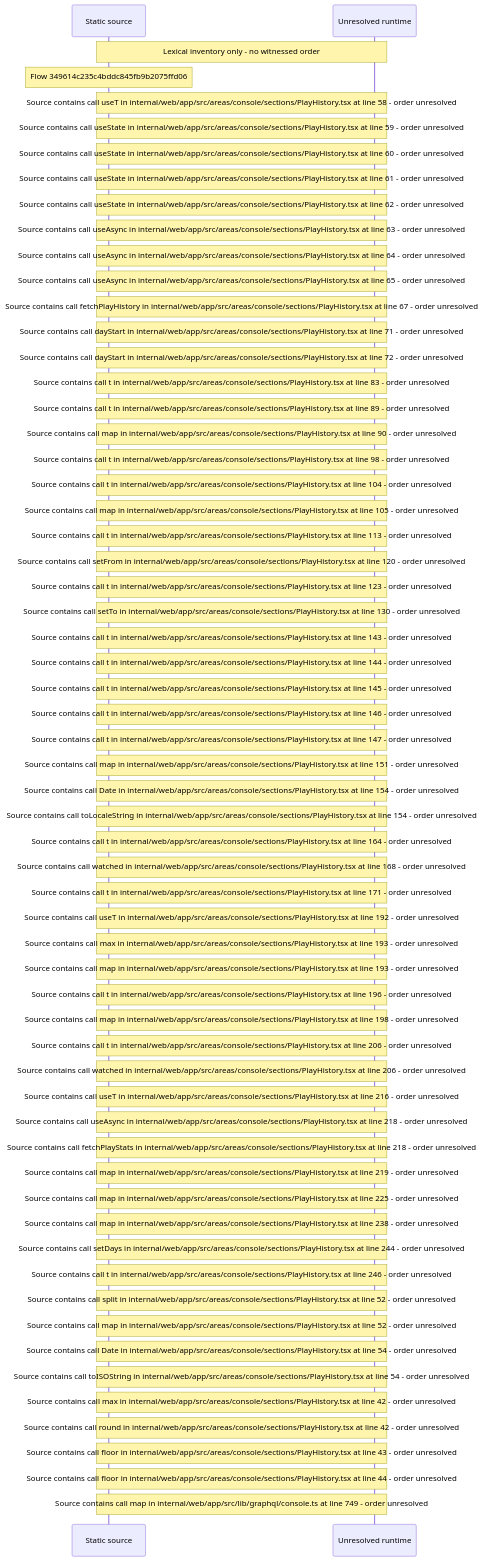
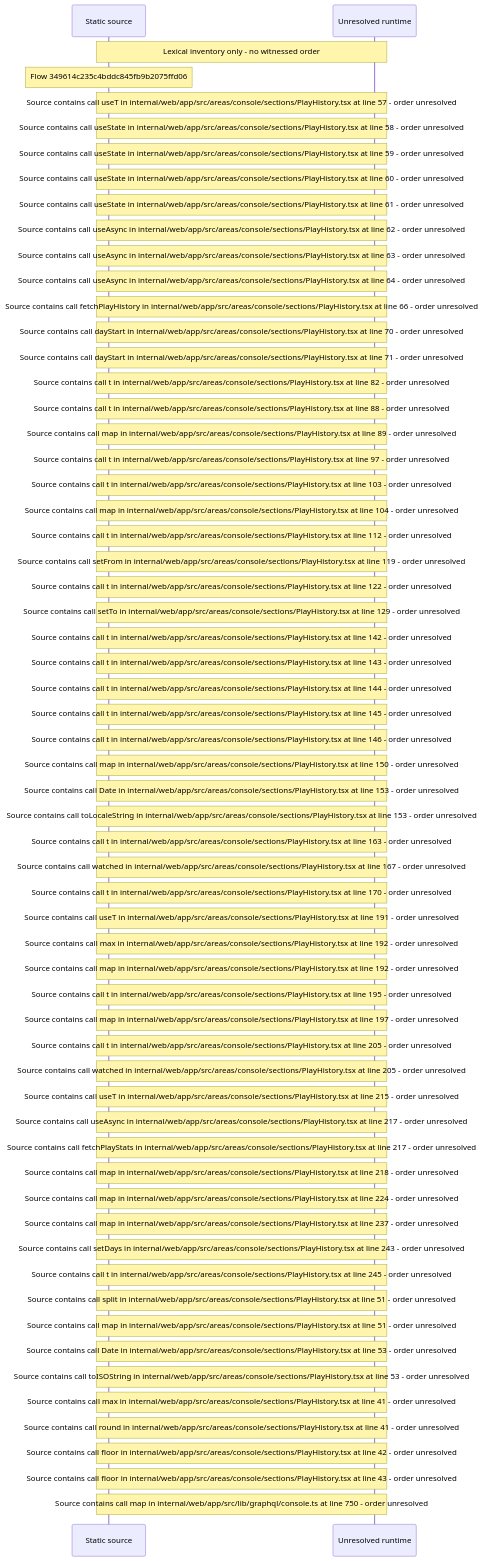
The diagram in docs/web/flows/generated/349614c235c4bddc845fb9b2075ffd06/flow-diagram.md (beamfall/core), drawn with Mermaid before and after one commit. The commit also changed other lines of this file and 715 other files, not shown here.

First line of the commit message:
Regenerate the web flow record on main after CORE-1117

````diff
--- a/docs/web/flows/generated/349614c235c4bddc845fb9b2075ffd06/flow-diagram.md
+++ b/docs/web/flows/generated/349614c235c4bddc845fb9b2075ffd06/flow-diagram.md
@@ -10,63 +10,63 @@
 ```mermaid
 sequenceDiagram
     participant S as Static source
     participant U as Unresolved runtime
     Note over S,U: Lexical inventory only - no witnessed order
     Note over S: Flow 349614c235c4bddc845fb9b2075ffd06
-    Note over S,U: Source contains call useT in internal/web/app/src/areas/console/sections/PlayHistory.tsx at line 58 - order unresolved
+    Note over S,U: Source contains call useT in internal/web/app/src/areas/console/sections/PlayHistory.tsx at line 57 - order unresolved
+    Note over S,U: Source contains call useState in internal/web/app/src/areas/console/sections/PlayHistory.tsx at line 58 - order unresolved
     Note over S,U: Source contains call useState in internal/web/app/src/areas/console/sections/PlayHistory.tsx at line 59 - order unresolved
     Note over S,U: Source contains call useState in internal/web/app/src/areas/console/sections/PlayHistory.tsx at line 60 - order unresolved
     Note over S,U: Source contains call useState in internal/web/app/src/areas/console/sections/PlayHistory.tsx at line 61 - order unresolved
-    Note over S,U: Source contains call useState in internal/web/app/src/areas/console/sections/PlayHistory.tsx at line 62 - order unresolved
+    Note over S,U: Source contains call useAsync in internal/web/app/src/areas/console/sections/PlayHistory.tsx at line 62 - order unresolved
     Note over S,U: Source contains call useAsync in internal/web/app/src/areas/console/sections/PlayHistory.tsx at line 63 - order unresolved
     Note over S,U: Source contains call useAsync in internal/web/app/src/areas/console/sections/PlayHistory.tsx at line 64 - order unresolved
-    Note over S,U: Source contains call useAsync in internal/web/app/src/areas/console/sections/PlayHistory.tsx at line 65 - order unresolved
-    Note over S,U: Source contains call fetchPlayHistory in internal/web/app/src/areas/console/sections/PlayHistory.tsx at line 67 - order unresolved
+    Note over S,U: Source contains call fetchPlayHistory in internal/web/app/src/areas/console/sections/PlayHistory.tsx at line 66 - order unresolved
+    Note over S,U: Source contains call dayStart in internal/web/app/src/areas/console/sections/PlayHistory.tsx at line 70 - order unresolved
     Note over S,U: Source contains call dayStart in internal/web/app/src/areas/console/sections/PlayHistory.tsx at line 71 - order unresolved
-    Note over S,U: Source contains call dayStart in internal/web/app/src/areas/console/sections/PlayHistory.tsx at line 72 - order unresolved
-    Note over S,U: Source contains call t in internal/web/app/src/areas/console/sections/PlayHistory.tsx at line 83 - order unresolved
-    Note over S,U: Source contains call t in internal/web/app/src/areas/console/sections/PlayHistory.tsx at line 89 - order unresolved
-    Note over S,U: Source contains call map in internal/web/app/src/areas/console/sections/PlayHistory.tsx at line 90 - order unresolved
-    Note over S,U: Source contains call t in internal/web/app/src/areas/console/sections/PlayHistory.tsx at line 98 - order unresolved
-    Note over S,U: Source contains call t in internal/web/app/src/areas/console/sections/PlayHistory.tsx at line 104 - order unresolved
-    Note over S,U: Source contains call map in internal/web/app/src/areas/console/sections/PlayHistory.tsx at line 105 - order unresolved
-    Note over S,U: Source contains call t in internal/web/app/src/areas/console/sections/PlayHistory.tsx at line 113 - order unresolved
-    Note over S,U: Source contains call setFrom in internal/web/app/src/areas/console/sections/PlayHistory.tsx at line 120 - order unresolved
-    Note over S,U: Source contains call t in internal/web/app/src/areas/console/sections/PlayHistory.tsx at line 123 - order unresolved
-    Note over S,U: Source contains call setTo in internal/web/app/src/areas/console/sections/PlayHistory.tsx at line 130 - order unresolved
+    Note over S,U: Source contains call t in internal/web/app/src/areas/console/sections/PlayHistory.tsx at line 82 - order unresolved
+    Note over S,U: Source contains call t in internal/web/app/src/areas/console/sections/PlayHistory.tsx at line 88 - order unresolved
+    Note over S,U: Source contains call map in internal/web/app/src/areas/console/sections/PlayHistory.tsx at line 89 - order unresolved
+    Note over S,U: Source contains call t in internal/web/app/src/areas/console/sections/PlayHistory.tsx at line 97 - order unresolved
+    Note over S,U: Source contains call t in internal/web/app/src/areas/console/sections/PlayHistory.tsx at line 103 - order unresolved
+    Note over S,U: Source contains call map in internal/web/app/src/areas/console/sections/PlayHistory.tsx at line 104 - order unresolved
+    Note over S,U: Source contains call t in internal/web/app/src/areas/console/sections/PlayHistory.tsx at line 112 - order unresolved
+    Note over S,U: Source contains call setFrom in internal/web/app/src/areas/console/sections/PlayHistory.tsx at line 119 - order unresolved
+    Note over S,U: Source contains call t in internal/web/app/src/areas/console/sections/PlayHistory.tsx at line 122 - order unresolved
+    Note over S,U: Source contains call setTo in internal/web/app/src/areas/console/sections/PlayHistory.tsx at line 129 - order unresolved
+    Note over S,U: Source contains call t in internal/web/app/src/areas/console/sections/PlayHistory.tsx at line 142 - order unresolved
     Note over S,U: Source contains call t in internal/web/app/src/areas/console/sections/PlayHistory.tsx at line 143 - order unresolved
     Note over S,U: Source contains call t in internal/web/app/src/areas/console/sections/PlayHistory.tsx at line 144 - order unresolved
     Note over S,U: Source contains call t in internal/web/app/src/areas/console/sections/PlayHistory.tsx at line 145 - order unresolved
     Note over S,U: Source contains call t in internal/web/app/src/areas/console/sections/PlayHistory.tsx at line 146 - order unresolved
-    Note over S,U: Source contains call t in internal/web/app/src/areas/console/sections/PlayHistory.tsx at line 147 - order unresolved
-    Note over S,U: Source contains call map in internal/web/app/src/areas/console/sections/PlayHistory.tsx at line 151 - order unresolved
-    Note over S,U: Source contains call Date in internal/web/app/src/areas/console/sections/PlayHistory.tsx at line 154 - order unresolved
-    Note over S,U: Source contains call toLocaleString in internal/web/app/src/areas/console/sections/PlayHistory.tsx at line 154 - order unresolved
-    Note over S,U: Source contains call t in internal/web/app/src/areas/console/sections/PlayHistory.tsx at line 164 - order unresolved
-    Note over S,U: Source contains call watched in internal/web/app/src/areas/console/sections/PlayHistory.tsx at line 168 - order unresolved
-    Note over S,U: Source contains call t in internal/web/app/src/areas/console/sections/PlayHistory.tsx at line 171 - order unresolved
-    Note over S,U: Source contains call useT in internal/web/app/src/areas/console/sections/PlayHistory.tsx at line 192 - order unresolved
-    Note over S,U: Source contains call max in internal/web/app/src/areas/console/sections/PlayHistory.tsx at line 193 - order unresolved
-    Note over S,U: Source contains call map in internal/web/app/src/areas/console/sections/PlayHistory.tsx at line 193 - order unresolved
-    Note over S,U: Source contains call t in internal/web/app/src/areas/console/sections/PlayHistory.tsx at line 196 - order unresolved
-    Note over S,U: Source contains call map in internal/web/app/src/areas/console/sections/PlayHistory.tsx at line 198 - order unresolved
-    Note over S,U: Source contains call t in internal/web/app/src/areas/console/sections/PlayHistory.tsx at line 206 - order unresolved
-    Note over S,U: Source contains call watched in internal/web/app/src/areas/console/sections/PlayHistory.tsx at line 206 - order unresolved
-    Note over S,U: Source contains call useT in internal/web/app/src/areas/console/sections/PlayHistory.tsx at line 216 - order unresolved
-    Note over S,U: Source contains call useAsync in internal/web/app/src/areas/console/sections/PlayHistory.tsx at line 218 - order unresolved
-    Note over S,U: Source contains call fetchPlayStats in internal/web/app/src/areas/console/sections/PlayHistory.tsx at line 218 - order unresolved
-    Note over S,U: Source contains call map in internal/web/app/src/areas/console/sections/PlayHistory.tsx at line 219 - order unresolved
-    Note over S,U: Source contains call map in internal/web/app/src/areas/console/sections/PlayHistory.tsx at line 225 - order unresolved
-    Note over S,U: Source contains call map in internal/web/app/src/areas/console/sections/PlayHistory.tsx at line 238 - order unresolved
-    Note over S,U: Source contains call setDays in internal/web/app/src/areas/console/sections/PlayHistory.tsx at line 244 - order unresolved
-    Note over S,U: Source contains call t in internal/web/app/src/areas/console/sections/PlayHistory.tsx at line 246 - order unresolved
-    Note over S,U: Source contains call split in internal/web/app/src/areas/console/sections/PlayHistory.tsx at line 52 - order unresolved
-    Note over S,U: Source contains call map in internal/web/app/src/areas/console/sections/PlayHistory.tsx at line 52 - order unresolved
-    Note over S,U: Source contains call Date in internal/web/app/src/areas/console/sections/PlayHistory.tsx at line 54 - order unresolved
-    Note over S,U: Source contains call toISOString in internal/web/app/src/areas/console/sections/PlayHistory.tsx at line 54 - order unresolved
-    Note over S,U: Source contains call max in internal/web/app/src/areas/console/sections/PlayHistory.tsx at line 42 - order unresolved
-    Note over S,U: Source contains call round in internal/web/app/src/areas/console/sections/PlayHistory.tsx at line 42 - order unresolved
+    Note over S,U: Source contains call map in internal/web/app/src/areas/console/sections/PlayHistory.tsx at line 150 - order unresolved
+    Note over S,U: Source contains call Date in internal/web/app/src/areas/console/sections/PlayHistory.tsx at line 153 - order unresolved
+    Note over S,U: Source contains call toLocaleString in internal/web/app/src/areas/console/sections/PlayHistory.tsx at line 153 - order unresolved
+    Note over S,U: Source contains call t in internal/web/app/src/areas/console/sections/PlayHistory.tsx at line 163 - order unresolved
+    Note over S,U: Source contains call watched in internal/web/app/src/areas/console/sections/PlayHistory.tsx at line 167 - order unresolved
+    Note over S,U: Source contains call t in internal/web/app/src/areas/console/sections/PlayHistory.tsx at line 170 - order unresolved
+    Note over S,U: Source contains call useT in internal/web/app/src/areas/console/sections/PlayHistory.tsx at line 191 - order unresolved
+    Note over S,U: Source contains call max in internal/web/app/src/areas/console/sections/PlayHistory.tsx at line 192 - order unresolved
+    Note over S,U: Source contains call map in internal/web/app/src/areas/console/sections/PlayHistory.tsx at line 192 - order unresolved
+    Note over S,U: Source contains call t in internal/web/app/src/areas/console/sections/PlayHistory.tsx at line 195 - order unresolved
+    Note over S,U: Source contains call map in internal/web/app/src/areas/console/sections/PlayHistory.tsx at line 197 - order unresolved
+    Note over S,U: Source contains call t in internal/web/app/src/areas/console/sections/PlayHistory.tsx at line 205 - order unresolved
+    Note over S,U: Source contains call watched in internal/web/app/src/areas/console/sections/PlayHistory.tsx at line 205 - order unresolved
+    Note over S,U: Source contains call useT in internal/web/app/src/areas/console/sections/PlayHistory.tsx at line 215 - order unresolved
+    Note over S,U: Source contains call useAsync in internal/web/app/src/areas/console/sections/PlayHistory.tsx at line 217 - order unresolved
+    Note over S,U: Source contains call fetchPlayStats in internal/web/app/src/areas/console/sections/PlayHistory.tsx at line 217 - order unresolved
+    Note over S,U: Source contains call map in internal/web/app/src/areas/console/sections/PlayHistory.tsx at line 218 - order unresolved
+    Note over S,U: Source contains call map in internal/web/app/src/areas/console/sections/PlayHistory.tsx at line 224 - order unresolved
+    Note over S,U: Source contains call map in internal/web/app/src/areas/console/sections/PlayHistory.tsx at line 237 - order unresolved
+    Note over S,U: Source contains call setDays in internal/web/app/src/areas/console/sections/PlayHistory.tsx at line 243 - order unresolved
+    Note over S,U: Source contains call t in internal/web/app/src/areas/console/sections/PlayHistory.tsx at line 245 - order unresolved
+    Note over S,U: Source contains call split in internal/web/app/src/areas/console/sections/PlayHistory.tsx at line 51 - order unresolved
+    Note over S,U: Source contains call map in internal/web/app/src/areas/console/sections/PlayHistory.tsx at line 51 - order unresolved
+    Note over S,U: Source contains call Date in internal/web/app/src/areas/console/sections/PlayHistory.tsx at line 53 - order unresolved
+    Note over S,U: Source contains call toISOString in internal/web/app/src/areas/console/sections/PlayHistory.tsx at line 53 - order unresolved
+    Note over S,U: Source contains call max in internal/web/app/src/areas/console/sections/PlayHistory.tsx at line 41 - order unresolved
+    Note over S,U: Source contains call round in internal/web/app/src/areas/console/sections/PlayHistory.tsx at line 41 - order unresolved
+    Note over S,U: Source contains call floor in internal/web/app/src/areas/console/sections/PlayHistory.tsx at line 42 - order unresolved
     Note over S,U: Source contains call floor in internal/web/app/src/areas/console/sections/PlayHistory.tsx at line 43 - order unresolved
-    Note over S,U: Source contains call floor in internal/web/app/src/areas/console/sections/PlayHistory.tsx at line 44 - order unresolved
-    Note over S,U: Source contains call map in internal/web/app/src/lib/graphql/console.ts at line 749 - order unresolved
+    Note over S,U: Source contains call map in internal/web/app/src/lib/graphql/console.ts at line 750 - order unresolved
 ```
````
